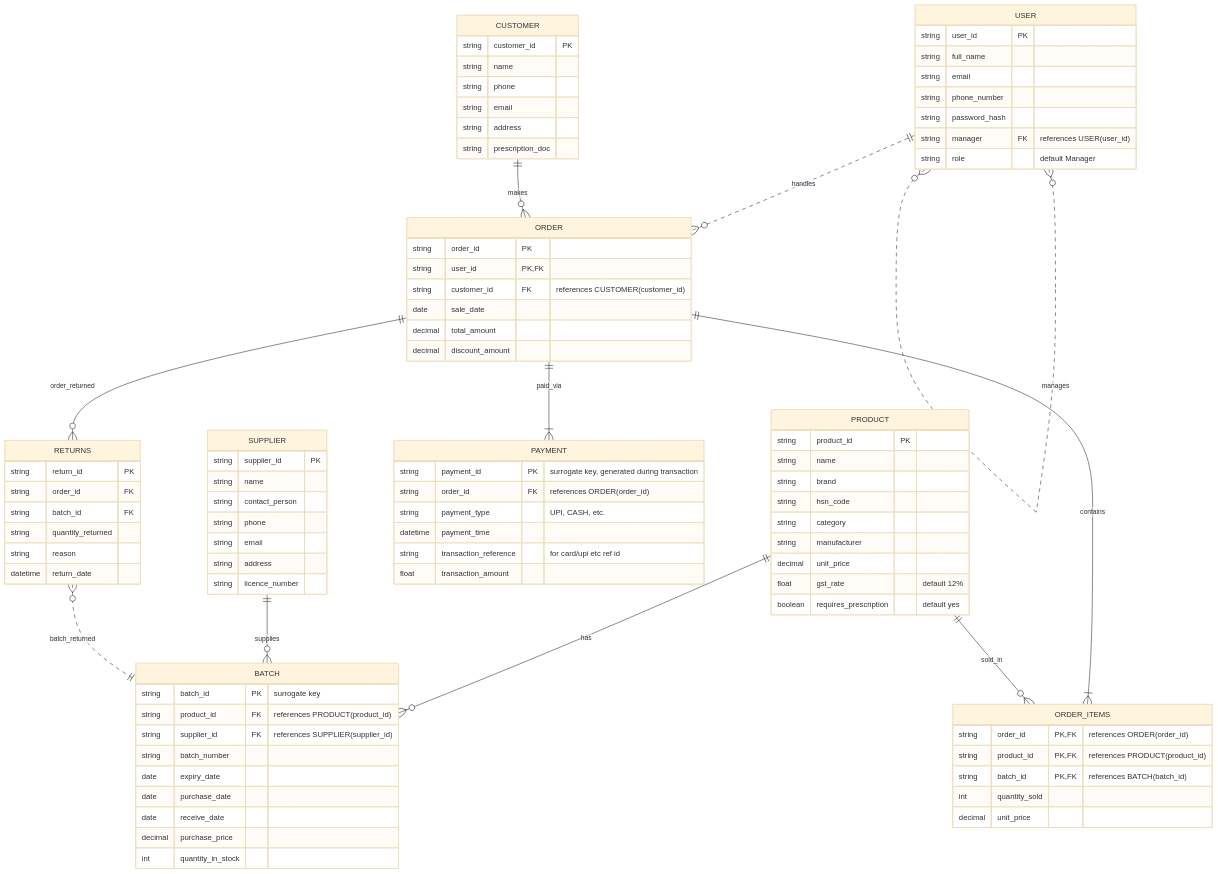
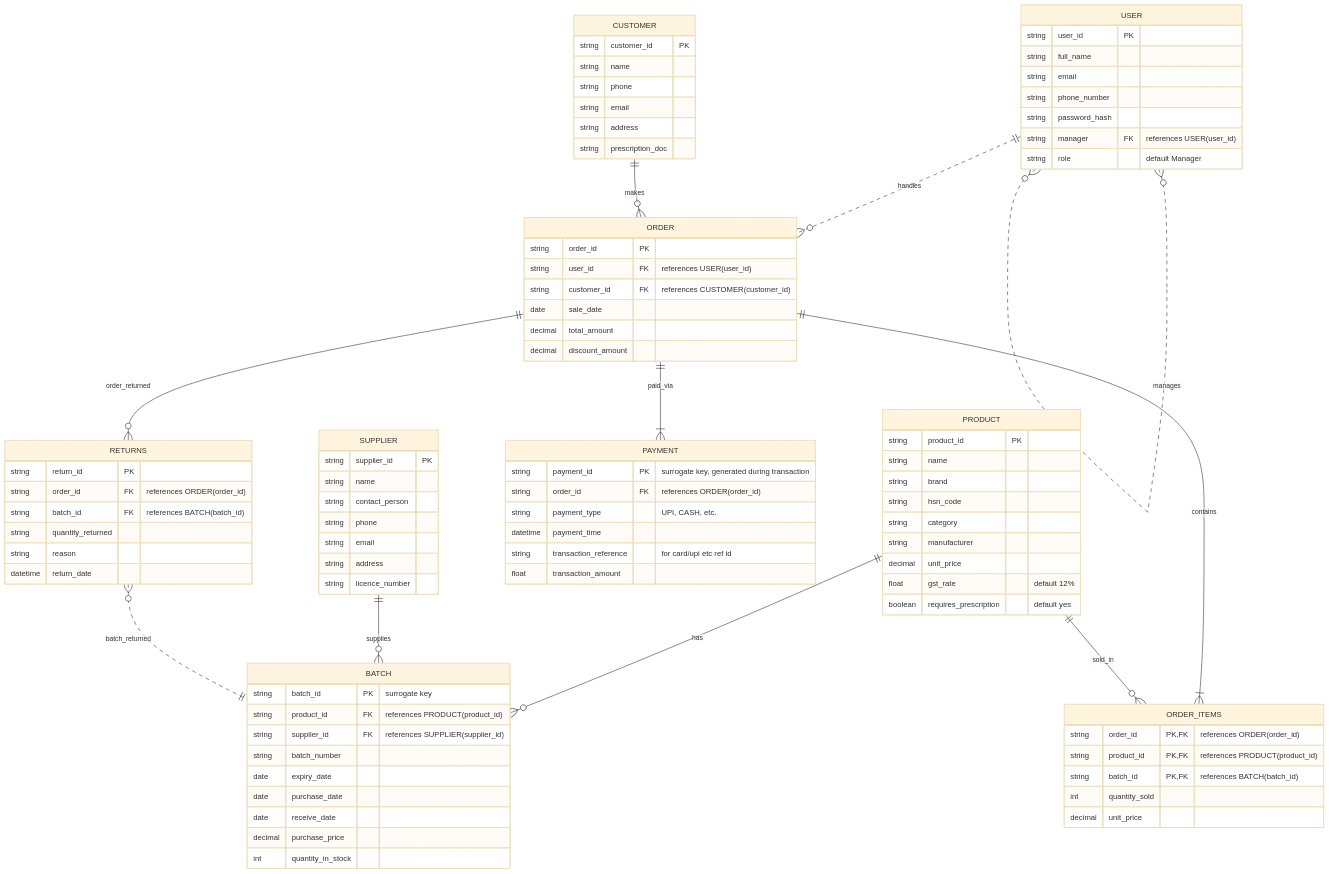
Before and after one commit to MET4L-DS/miniPharma: the diagram in ER Diagram version 2.md, drawn with Mermaid (base theme).

Commit message:
Update ER Diagram version 2.md

```diff
--- a/ER Diagram version 2.md
+++ b/ER Diagram version 2.md
@@ -55,7 +55,7 @@
 	
 	ORDER {
 		string order_id PK
-		string user_id PK, FK	
+		string user_id FK	"references USER(user_id)"
 		string customer_id FK	"references CUSTOMER(customer_id)"
 		date sale_date
 		decimal total_amount
@@ -81,8 +81,8 @@
     
     RETURNS {
 		string return_id PK
-		string order_id FK
-		string batch_id FK
+		string order_id FK	"references ORDER(order_id)"
+		string batch_id FK	"references BATCH(batch_id)"
 		string quantity_returned
 		string reason
 		datetime return_date
```
